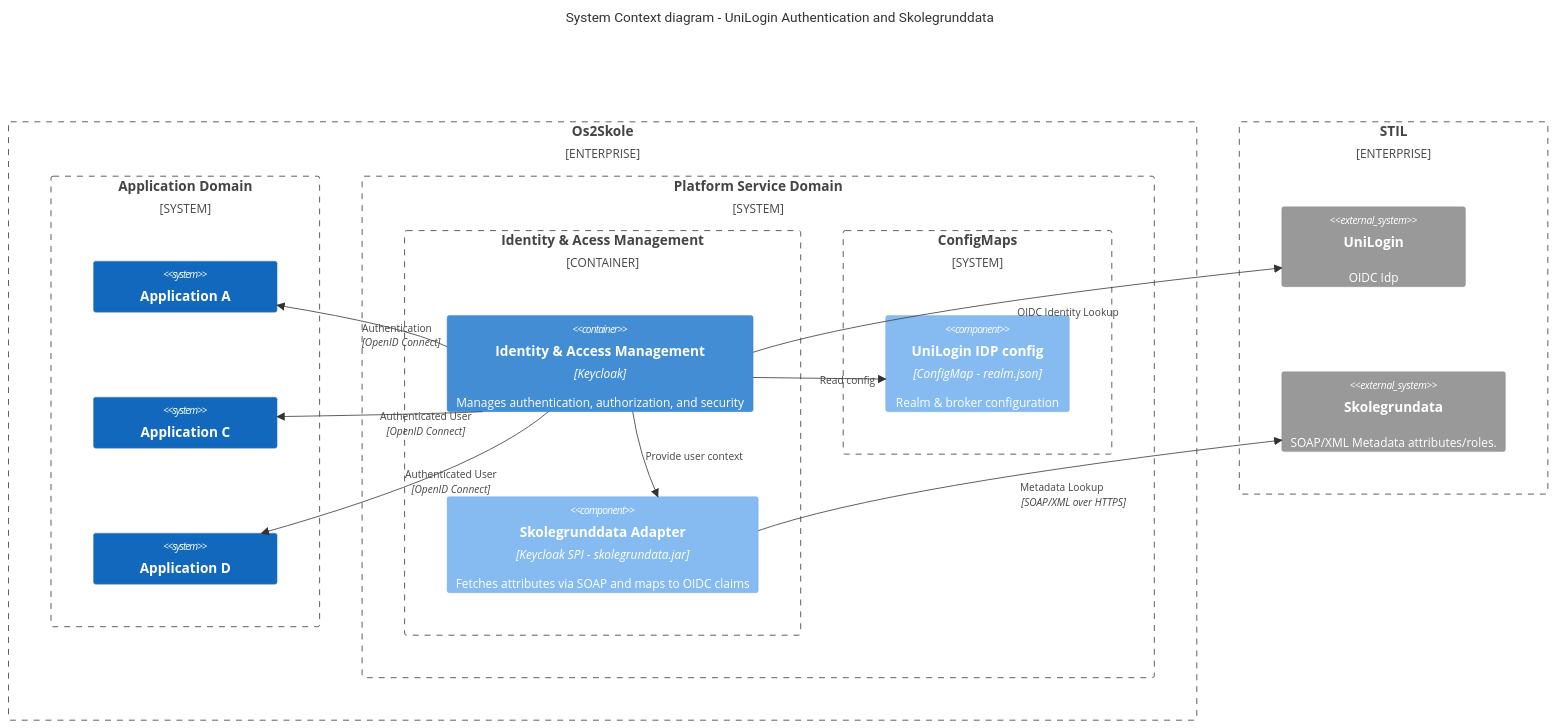
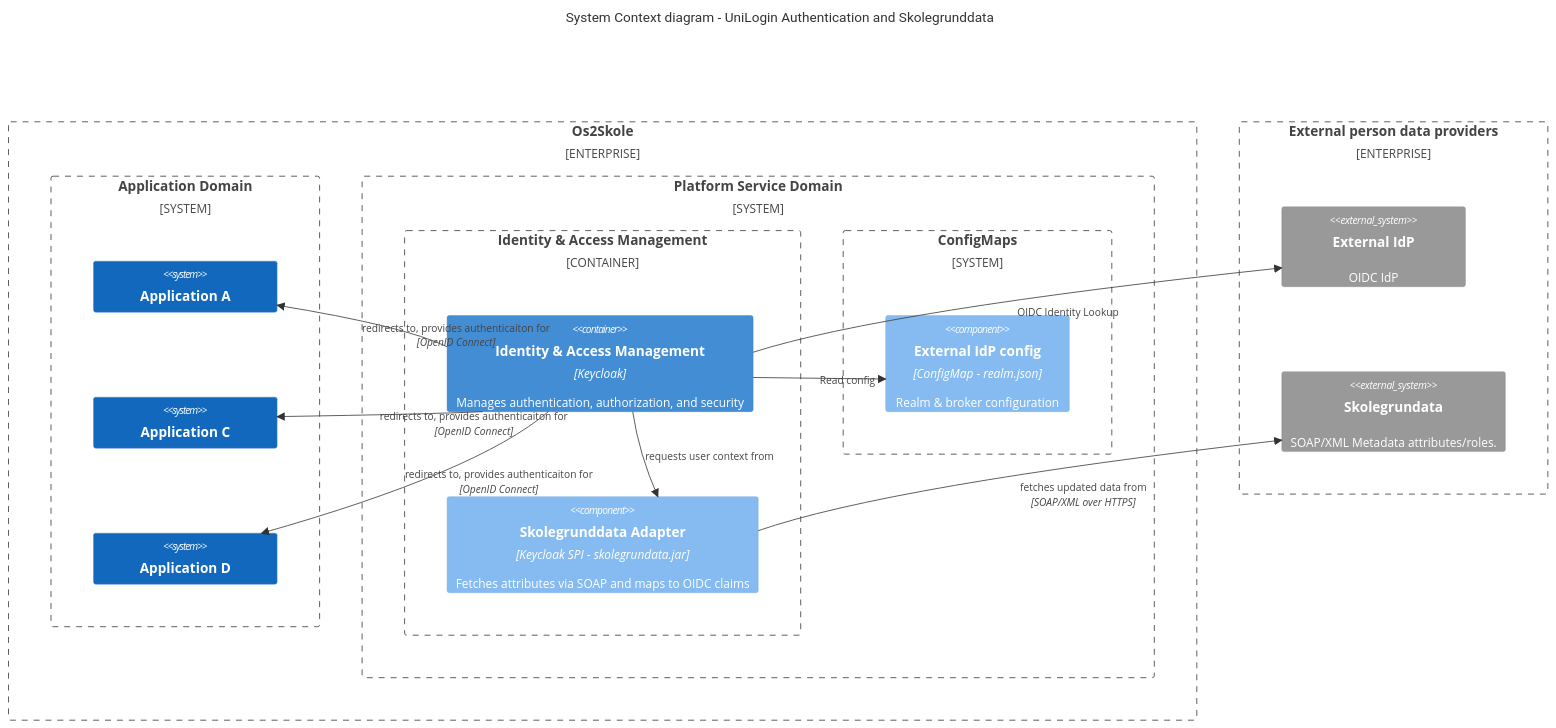
Before and after one commit to 0xf1e/os2skole-PoC: the diagram in docs/AIM_system_context-C4.md, drawn with Mermaid. The commit also changed other lines of this file, not shown here.

Commit message:
docs: clarify language and relations

````diff
--- a/docs/AIM_system_context-C4.md
+++ b/docs/AIM_system_context-C4.md
@@ -23,47 +22,47 @@
 ```mermaid
 C4Context
   title System Context diagram - UniLogin Authentication and Skolegrunddata
   
   %% --- The Entire Enterprise Context ---
   Enterprise_Boundary(OrgBoundary, "Os2Skole") {
 
     %% APPLICATION DOMAIN
     System_Boundary(Application, "Application Domain") {
       System(appA, "Application A", "")
       System(appC, "Application C", "")
       System(appD, "Application D", "")
     }
           
     %% PLATFORM DOMAIN
     System_Boundary(platform, "Platform Service Domain") {
-      Container_Boundary(Keycloak, "Identity & Acess Management") {
+      Container_Boundary(Keycloak, "Identity & Access Management") {
         Container(keycloak_core, Identity & Access Management, "Keycloak", "Manages authentication, authorization, and security")
         %% Component definition inside the Container for visual grouping
         Component(spi, "Skolegrunddata Adapter", "Keycloak SPI - skolegrundata.jar", "Fetches attributes via SOAP and maps to OIDC claims")
       }
       System_Boundary(configmaps, "ConfigMaps") {
-        Component(config, "UniLogin IDP config", "ConfigMap - realm.json", "Realm & broker configuration")
+        Component(config, "External IdP config", "ConfigMap - realm.json", "Realm & broker configuration")
       }
     }
   }
 
 
-Enterprise_Boundary(STILBoundary, "STIL") {
-    System_Ext(unilogin, "UniLogin", "OIDC Idp")
+Enterprise_Boundary(STILBoundary, "External person data providers") {
+    System_Ext(idp, "External IdP", "OIDC IdP")
     System_Ext(skolegrundata, "Skolegrundata", "SOAP/XML Metadata attributes/roles.")
 }
   
   
   %% --- Relationships (The Flow) ---
 
   %% Identity Brokering
   Rel(keycloak_core, config, "Read config")
-  Rel(keycloak_core, unilogin, "OIDC Identity Lookup")
-  Rel(keycloak_core, spi,"Provide user context")
-  Rel(spi, skolegrundata, "Metadata Lookup", "SOAP/XML over HTTPS")
-  Rel(keycloak_core, appA, "Authentication", "OpenID Connect")
-  Rel(keycloak_core, appC, "Authenticated User", "OpenID Connect")
-  Rel(keycloak_core, appD, "Authenticated User", "OpenID Connect")
+  Rel(keycloak_core, idp, "OIDC Identity Lookup")
+  Rel(keycloak_core, spi,"requests user context from")
+  Rel(spi, skolegrundata, "fetches updated data from", "SOAP/XML over HTTPS")
+  Rel(keycloak_core, appA, "redirects to, provides authenticaiton for", "OpenID Connect")
+  Rel(keycloak_core, appC, "redirects to, provides authenticaiton for", "OpenID Connect")
+  Rel(keycloak_core, appD, "redirects to, provides authenticaiton for", "OpenID Connect")
   
   UpdateLayoutConfig($c4ShapeInRow="2")
 ```
````
